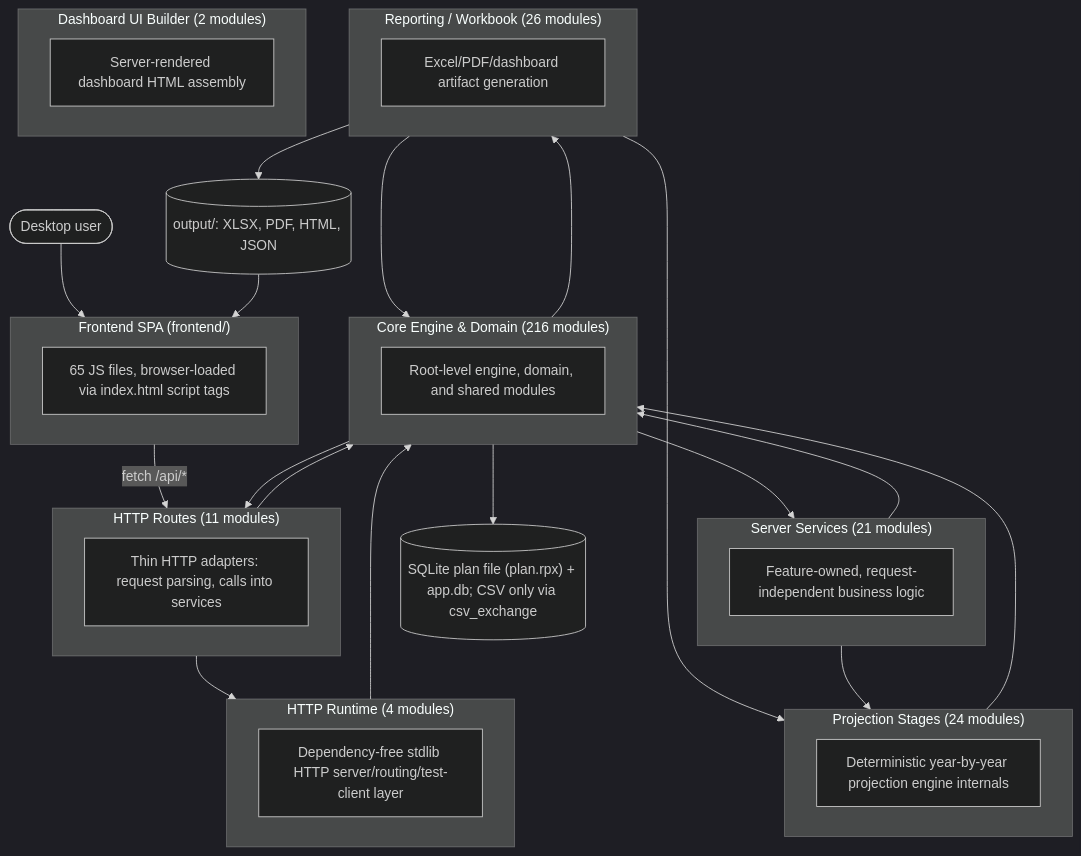
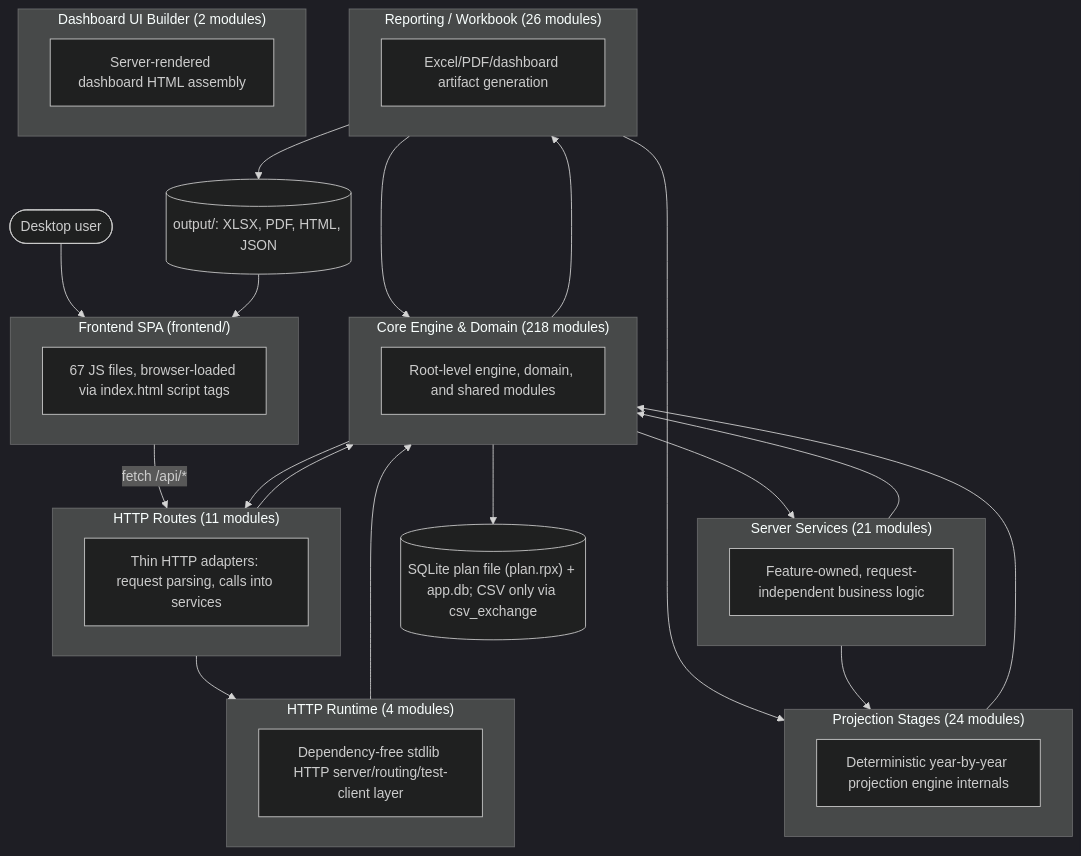
Before and after one commit to matthartzman/retirement_system: the first of 2 diagrams in documentation/reference/SYSTEM_ARCHITECTURE_DIAGRAM.md, drawn with Mermaid (dark theme). The commit also changed other lines of this file and 30 other files, not shown here.

````diff
--- a/documentation/reference/SYSTEM_ARCHITECTURE_DIAGRAM.md
+++ b/documentation/reference/SYSTEM_ARCHITECTURE_DIAGRAM.md
@@ -11,43 +11,43 @@
 ```mermaid
 flowchart TB
     User(["Desktop user"]) --> FE
     subgraph FE["Frontend SPA (frontend/)"]
-        FEcount["65 JS files, browser-loaded via index.html script tags"]
+        FEcount["67 JS files, browser-loaded via index.html script tags"]
     end
     FE -->|fetch /api/*| L_HTTP_Routes
     subgraph L_HTTP_Routes["HTTP Routes (11 modules)"]
         L_HTTP_Routes_d["Thin HTTP adapters: request parsing, calls into services"]
     end
     subgraph L_Server_Services["Server Services (21 modules)"]
         L_Server_Services_d["Feature-owned, request-independent business logic"]
     end
     subgraph L_HTTP_Runtime["HTTP Runtime (4 modules)"]
         L_HTTP_Runtime_d["Dependency-free stdlib HTTP server/routing/test-client layer"]
     end
-    subgraph L_Core_Engine___Domain["Core Engine & Domain (216 modules)"]
+    subgraph L_Core_Engine___Domain["Core Engine & Domain (218 modules)"]
         L_Core_Engine___Domain_d["Root-level engine, domain, and shared modules"]
     end
     subgraph L_Projection_Stages["Projection Stages (24 modules)"]
         L_Projection_Stages_d["Deterministic year-by-year projection engine internals"]
     end
     subgraph L_Reporting___Workbook["Reporting / Workbook (26 modules)"]
         L_Reporting___Workbook_d["Excel/PDF/dashboard artifact generation"]
     end
     subgraph L_Dashboard_UI_Builder["Dashboard UI Builder (2 modules)"]
         L_Dashboard_UI_Builder_d["Server-rendered dashboard HTML assembly"]
     end
     L_Core_Engine___Domain --> L_HTTP_Routes
     L_Core_Engine___Domain --> L_Reporting___Workbook
     L_Core_Engine___Domain --> L_Server_Services
     L_HTTP_Routes --> L_Core_Engine___Domain
     L_HTTP_Routes --> L_HTTP_Runtime
     L_HTTP_Runtime --> L_Core_Engine___Domain
     L_Projection_Stages --> L_Core_Engine___Domain
     L_Reporting___Workbook --> L_Core_Engine___Domain
     L_Reporting___Workbook --> L_Projection_Stages
     L_Server_Services --> L_Core_Engine___Domain
     L_Server_Services --> L_Projection_Stages
     L_Core_Engine___Domain --> DB[("SQLite plan file (plan.rpx) + app.db; CSV only via csv_exchange")]
     L_Reporting___Workbook --> Outputs[("output/: XLSX, PDF, HTML, JSON")]
     Outputs --> FE
 ```
````
